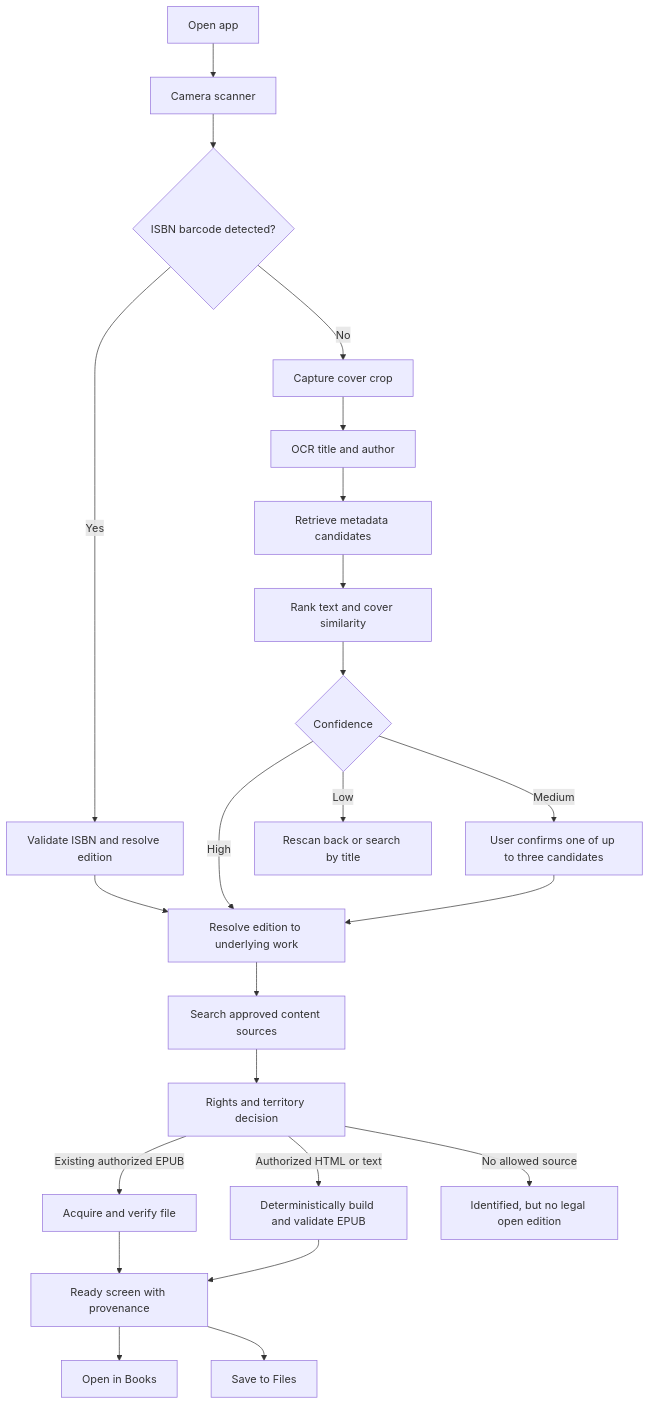
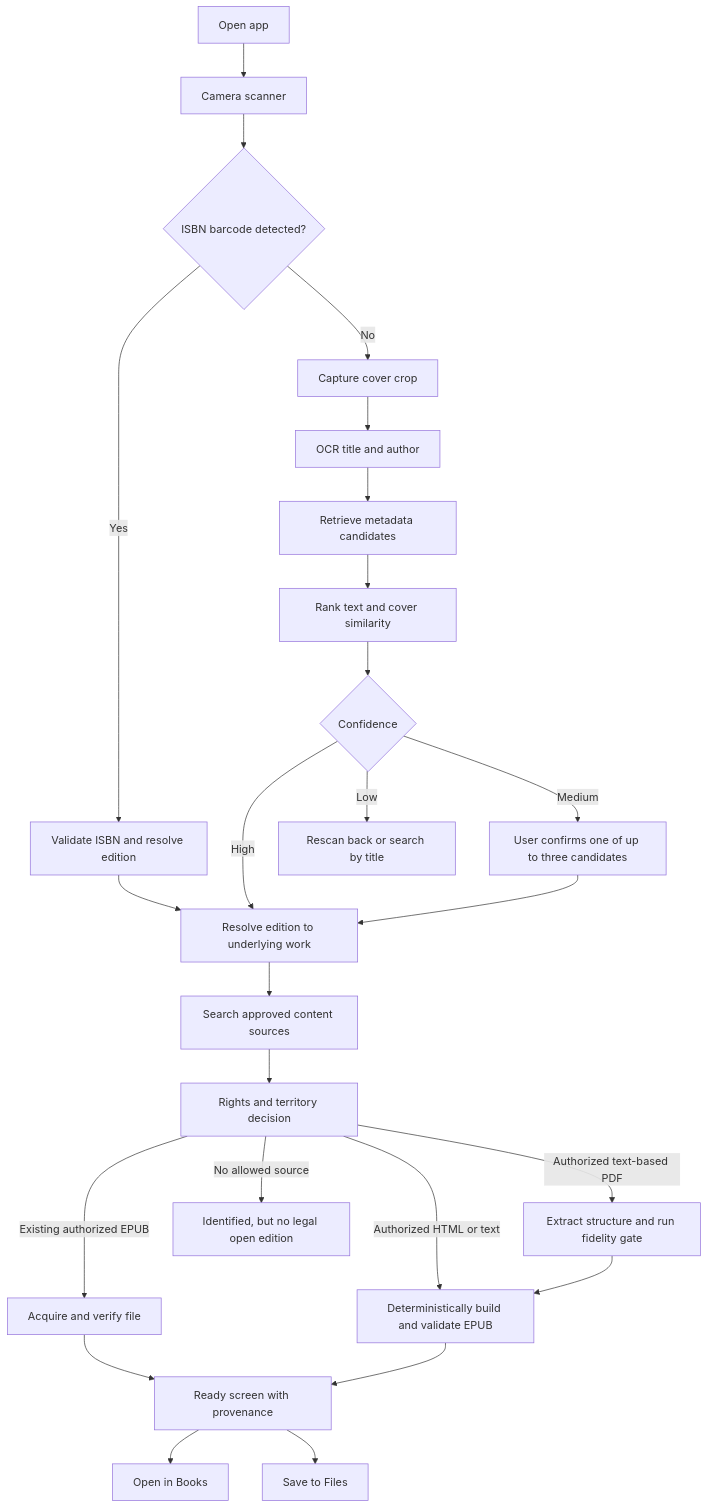
The diagram in PLAN.md (skamal23/scan-to-epub), drawn with Mermaid before and after one commit. The commit also changed other lines of this file, not shown here.

Commit message:
docs: add guarded PDF-to-EPUB conversion path

````diff
--- a/PLAN.md
+++ b/PLAN.md
@@ -84,25 +85,27 @@
 ```mermaid
 flowchart TD
     A["Open app"] --> B["Camera scanner"]
     B --> C{"ISBN barcode detected?"}
     C -->|Yes| D["Validate ISBN and resolve edition"]
     C -->|No| E["Capture cover crop"]
     E --> F["OCR title and author"]
     F --> G["Retrieve metadata candidates"]
     G --> H["Rank text and cover similarity"]
     D --> I["Resolve edition to underlying work"]
     H --> J{"Confidence"}
     J -->|High| I
     J -->|Medium| K["User confirms one of up to three candidates"]
     J -->|Low| L["Rescan back or search by title"]
     K --> I
     I --> M["Search approved content sources"]
     M --> N["Rights and territory decision"]
     N -->|Existing authorized EPUB| O["Acquire and verify file"]
     N -->|Authorized HTML or text| P["Deterministically build and validate EPUB"]
+    N -->|Authorized text-based PDF| U["Extract structure and run fidelity gate"]
+    U --> P
     N -->|No allowed source| Q["Identified, but no legal open edition"]
     O --> R["Ready screen with provenance"]
     P --> R
     R --> S["Open in Books"]
     R --> T["Save to Files"]
 ```
````
